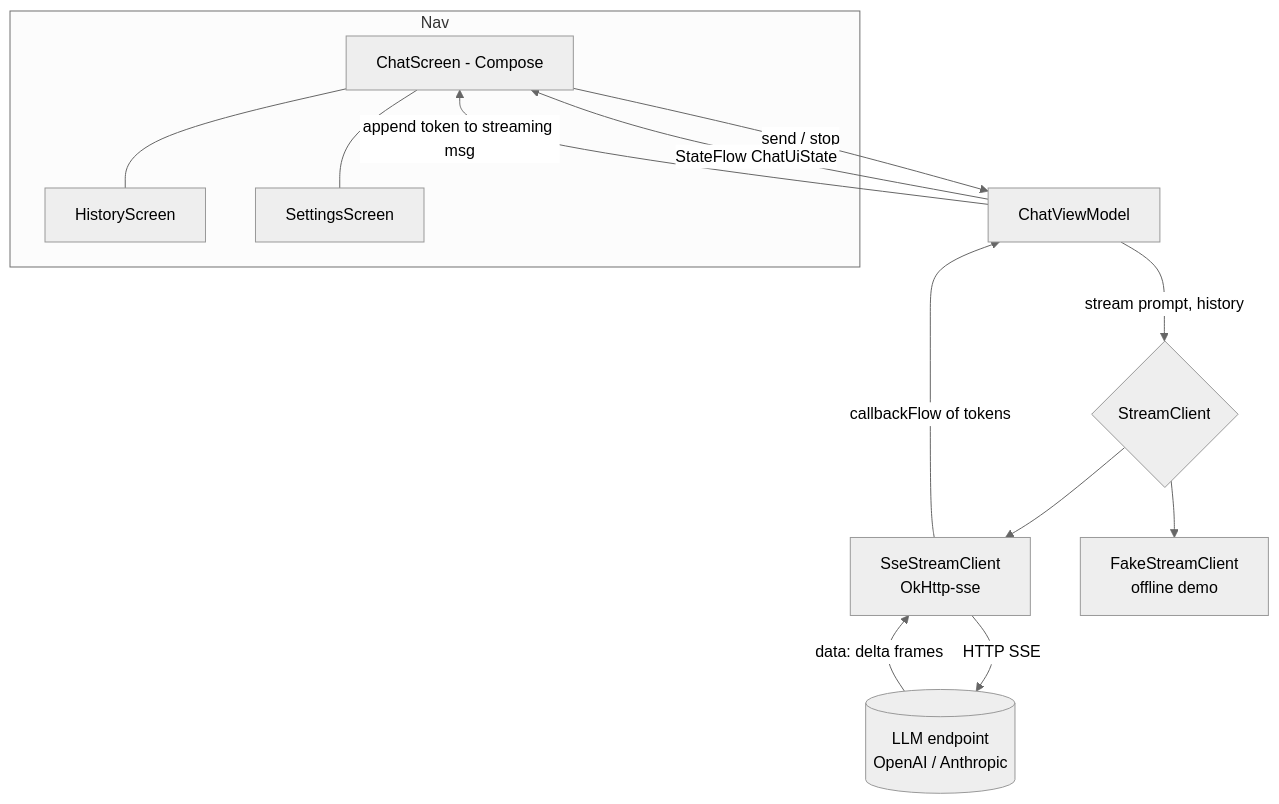
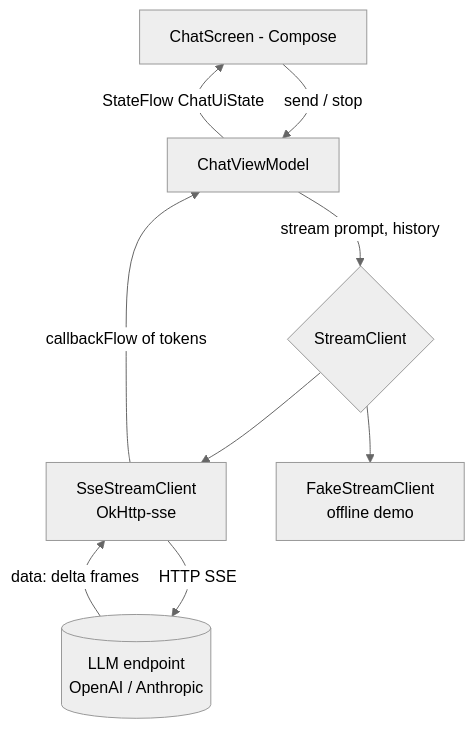
Before and after one commit to tranthienhau/android-llm-streaming-chat: the first of 2 diagrams in README.md, drawn with Mermaid (neutral theme). The commit also changed other lines of this file and 26 other files, not shown here.

Commit message:
docs: document real-time device sync in README and FLOW

````diff
--- a/README.md
+++ b/README.md
@@ -27,16 +44,11 @@
 ```mermaid
 flowchart TD
     A[ChatScreen - Compose] -- send / stop --> VM[ChatViewModel]
     VM -- StateFlow ChatUiState --> A
     VM -- stream prompt, history --> SC{StreamClient}
     SC --> SSE[SseStreamClient\nOkHttp-sse]
     SC --> FAKE[FakeStreamClient\noffline demo]
     SSE -- callbackFlow of tokens --> VM
     SSE -- HTTP SSE --> EP[(LLM endpoint\nOpenAI / Anthropic)]
     EP -- data: delta frames --> SSE
-    VM -- append token to streaming msg --> A
-    subgraph Nav
-      A --- H[HistoryScreen]
-      A --- S[SettingsScreen]
-    end
 ```
````
